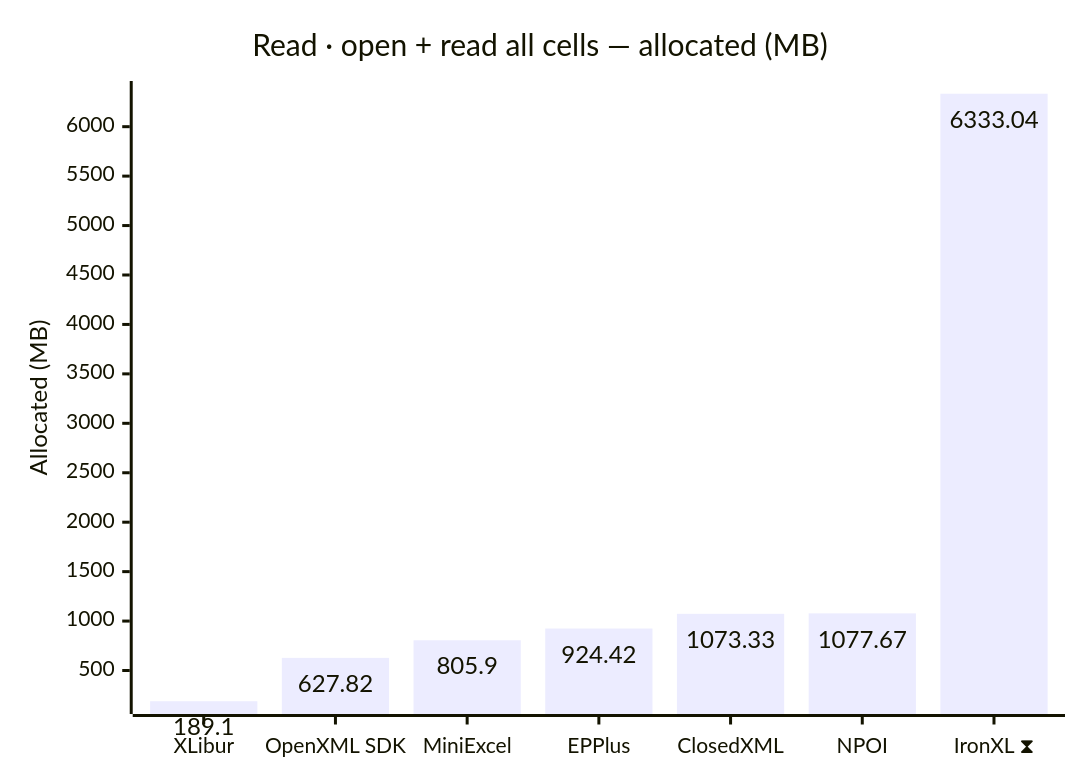
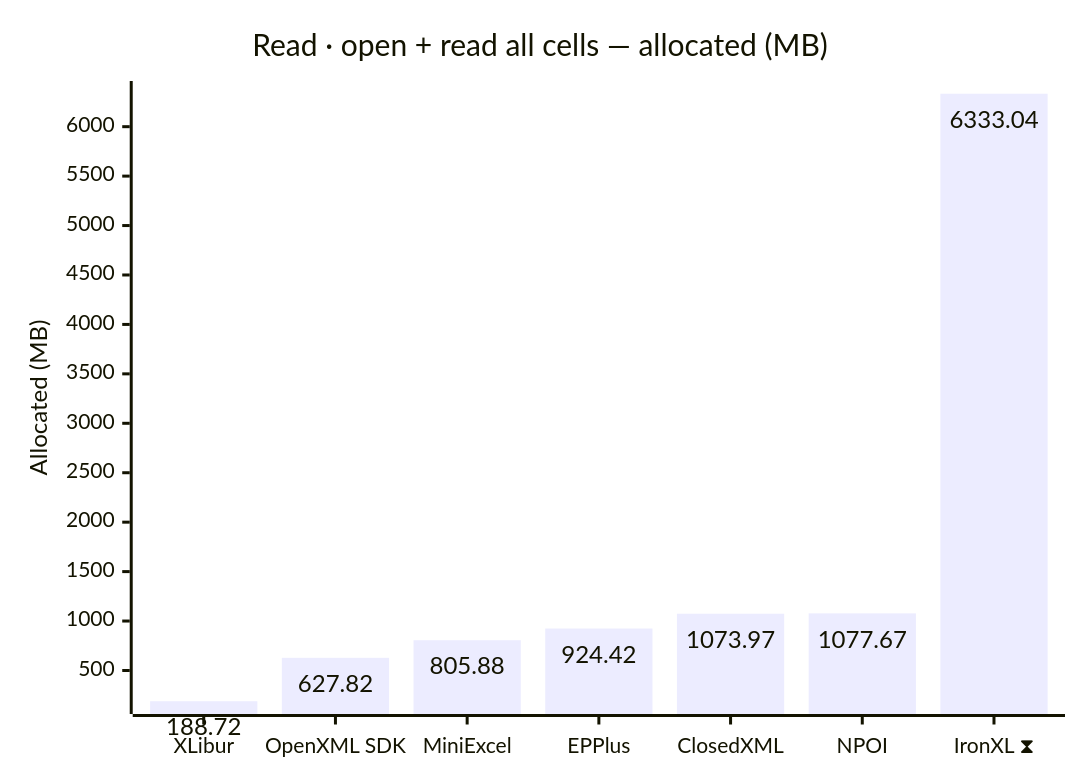
The fourth of 12 diagrams in docs/results-ci.md (jafin/XLBench), drawn with Mermaid before and after one commit. The commit also changed other lines of this file, not shown here.

````diff
--- a/docs/results-ci.md
+++ b/docs/results-ci.md
@@ -80,12 +80,12 @@
 ```mermaid
 ---
 config:
   xyChart:
     showDataLabel: true
 ---
 xychart-beta
     title "Read · open + read all cells — allocated (MB)"
     x-axis ["XLibur", "OpenXML SDK", "MiniExcel", "EPPlus", "ClosedXML", "NPOI", "IronXL ⧗"]
     y-axis "Allocated (MB)"
-    bar [189.1, 627.82, 805.9, 924.42, 1073.33, 1077.67, 6333.04]
+    bar [188.72, 627.82, 805.88, 924.42, 1073.97, 1077.67, 6333.04]
 ```
````
